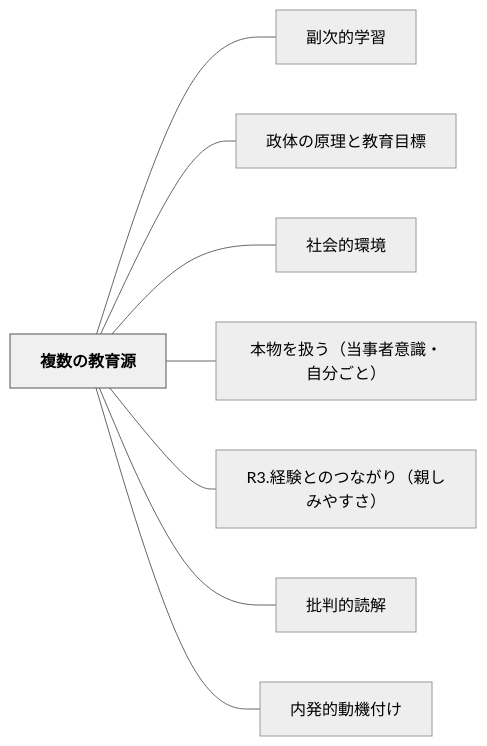
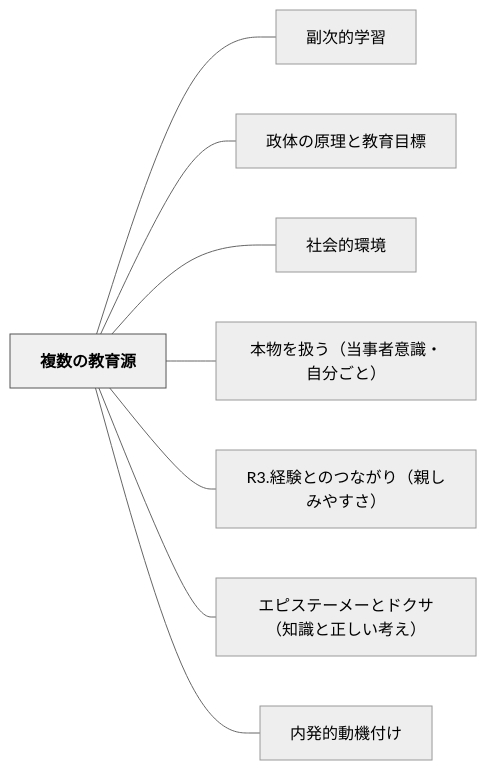
One commit to unknownthings-ed-patterns/unknownthings-ed-patterns changed the diagram in content/パタン/複数の教育源.md. Above: the diagram before and after it, drawn with Mermaid (neutral theme). The commit also changed other lines of this file and 2 other files, not shown here.

Commit message:
auto: Obsidianから同期 2026-05-31 02:44

````diff
--- a/content/パタン/複数の教育源.md
+++ b/content/パタン/複数の教育源.md
@@ -91,22 +92,22 @@
 ```mermaid
 flowchart LR
     ne8a487e695b0e381aee69599e882b2e6ba90["複数の教育源"]
     ne589afe6aca1e79a84e5ada6e7bf92["副次的学習"]
     ne694bfe4bd93e381aee58e9fe79086e381a8e69599e882b2e79baee6a899["政体の原理と教育目標"]
     ne7a4bee4bc9ae79a84e792b0e5a283["社会的環境"]
     ne69cace789a9e38292e689b1e38186efbc88e5bd93e4ba8be88085e6848fe8ad98e383bbe887aae58886e38194e381a8efbc89["本物を扱う（当事者意識・自分ごと）"]
     n52332ee7b58ce9a893e381a8e381aee381a4e381aae3818ce3828aefbc88e8a6aae38197e381bfe38284e38199e38195efbc89["R3.経験とのつながり（親しみやすさ）"]
-    ne689b9e588a4e79a84e8aaade8a7a3["批判的読解"]
+    ne382a8e38394e382b9e38386e383bce383a1e383bce381a8e38389e382afe382b5efbc88e79fa5e8ad98e381a8e6ada3e38197e38184e88083e38188efbc89["エピステーメーとドクサ（知識と正しい考え）"]
     ne58685e799bae79a84e58b95e6a99fe4bb98e38191["内発的動機付け"]
 
     ne8a487e695b0e381aee69599e882b2e6ba90 --- ne589afe6aca1e79a84e5ada6e7bf92
     ne8a487e695b0e381aee69599e882b2e6ba90 --- ne694bfe4bd93e381aee58e9fe79086e381a8e69599e882b2e79baee6a899
     ne8a487e695b0e381aee69599e882b2e6ba90 --- ne7a4bee4bc9ae79a84e792b0e5a283
     ne8a487e695b0e381aee69599e882b2e6ba90 --- ne69cace789a9e38292e689b1e38186efbc88e5bd93e4ba8be88085e6848fe8ad98e383bbe887aae58886e38194e381a8efbc89
     ne8a487e695b0e381aee69599e882b2e6ba90 --- n52332ee7b58ce9a893e381a8e381aee381a4e381aae3818ce3828aefbc88e8a6aae38197e381bfe38284e38199e38195efbc89
-    ne8a487e695b0e381aee69599e882b2e6ba90 --- ne689b9e588a4e79a84e8aaade8a7a3
+    ne8a487e695b0e381aee69599e882b2e6ba90 --- ne382a8e38394e382b9e38386e383bce383a1e383bce381a8e38389e382afe382b5efbc88e79fa5e8ad98e381a8e6ada3e38197e38184e88083e38188efbc89
     ne8a487e695b0e381aee69599e882b2e6ba90 --- ne58685e799bae79a84e58b95e6a99fe4bb98e38191
 
     classDef hub fill:#f0f0f0,stroke:#555,color:#000,font-weight:bold
     class ne8a487e695b0e381aee69599e882b2e6ba90 hub
 ```
````
